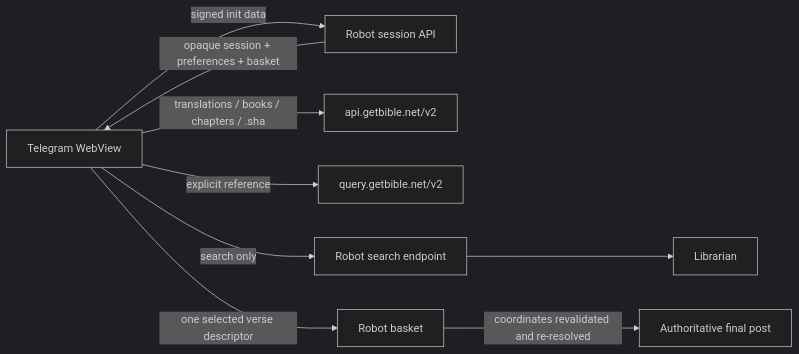
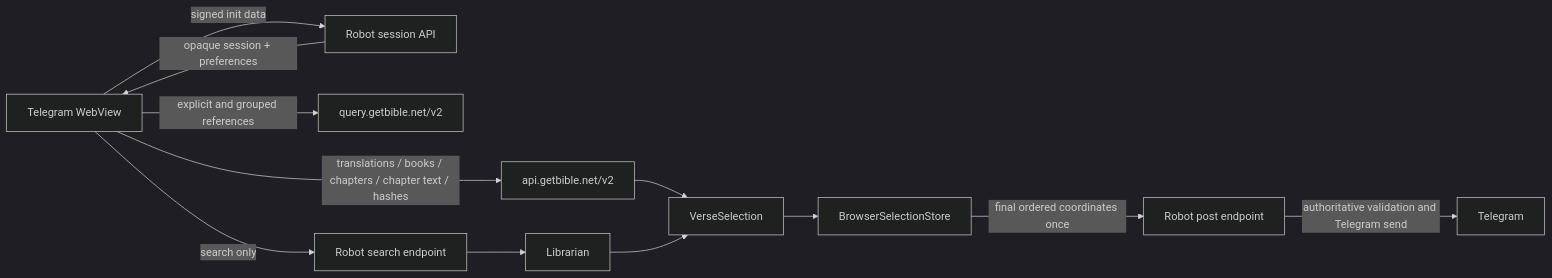
The diagram in docs/BROWSER_DATA.md (getbible/robot), drawn with Mermaid (dark theme) before and after one commit. The commit also changed other lines of this file, not shown here.

Commit message:
Align browser data documentation with local selection ownership

````diff
--- a/docs/BROWSER_DATA.md
+++ b/docs/BROWSER_DATA.md
@@ -24,11 +36,14 @@
 ```mermaid
 flowchart LR
     T[Telegram WebView] -->|signed init data| S[Robot session API]
-    S -->|opaque session + preferences + basket| T
-    T -->|translations / books / chapters / .sha| A[api.getbible.net/v2]
-    T -->|explicit reference| Q[query.getbible.net/v2]
+    S -->|opaque session + preferences| T
+    T -->|translations / books / chapters / chapter text / hashes| A[api.getbible.net/v2]
+    T -->|explicit and grouped references| Q[query.getbible.net/v2]
     T -->|search only| R[Robot search endpoint]
     R --> L[Librarian]
-    T -->|one selected verse descriptor| B[Robot basket]
-    B -->|coordinates revalidated and re-resolved| P[Authoritative final post]
+    A --> V[VerseSelection]
+    L --> V
+    V --> B[BrowserSelectionStore]
+    B -->|final ordered coordinates once| P[Robot post endpoint]
+    P -->|authoritative validation and Telegram send| G[Telegram]
 ```
````
